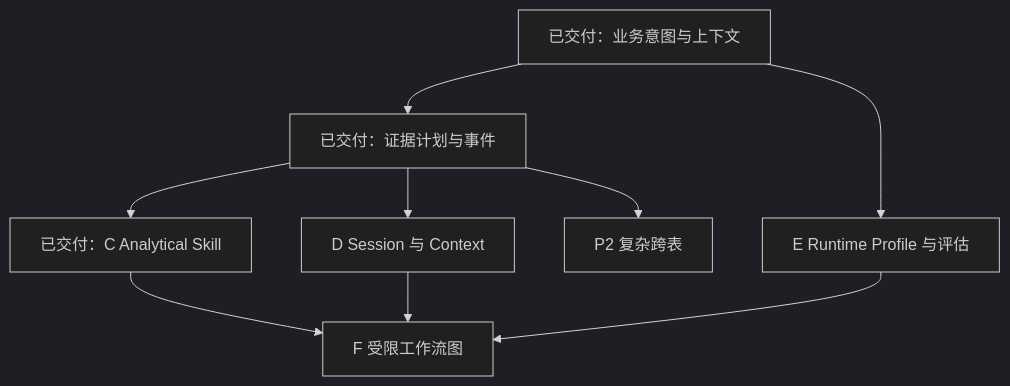
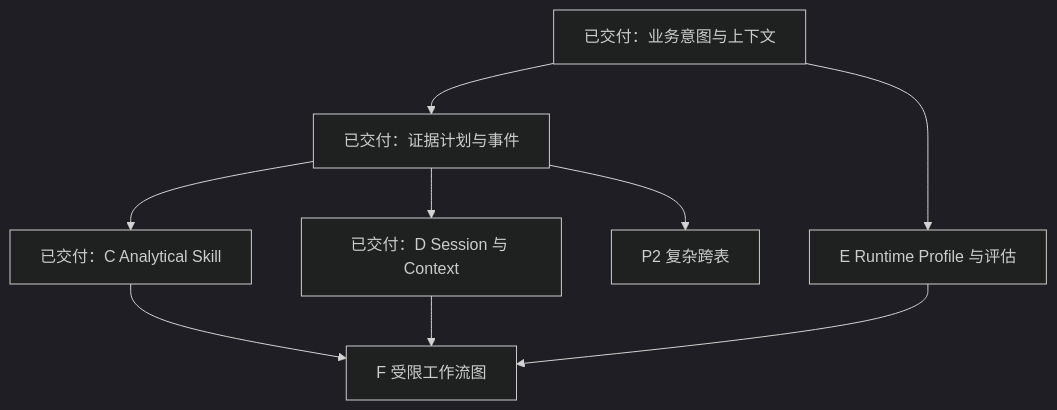
The second of 2 diagrams in docs/development-roadmap.md (LeoSasion/ontology-frontend-framework-type-c), drawn with Mermaid (dark theme) before and after one commit. The commit also changed other lines of this file and 24 other files, not shown here.

````diff
--- a/docs/development-roadmap.md
+++ b/docs/development-roadmap.md
@@ -198,11 +175,11 @@
 ```mermaid
 flowchart TD
   A["已交付：业务意图与上下文"] --> B["已交付：证据计划与事件"]
   B --> C["已交付：C Analytical Skill"]
-  B --> D["D Session 与 Context"]
+  B --> D["已交付：D Session 与 Context"]
   A --> E["E Runtime Profile 与评估"]
   C --> F["F 受限工作流图"]
   D --> F
   E --> F
   B --> X["P2 复杂跨表"]
 ```
````
